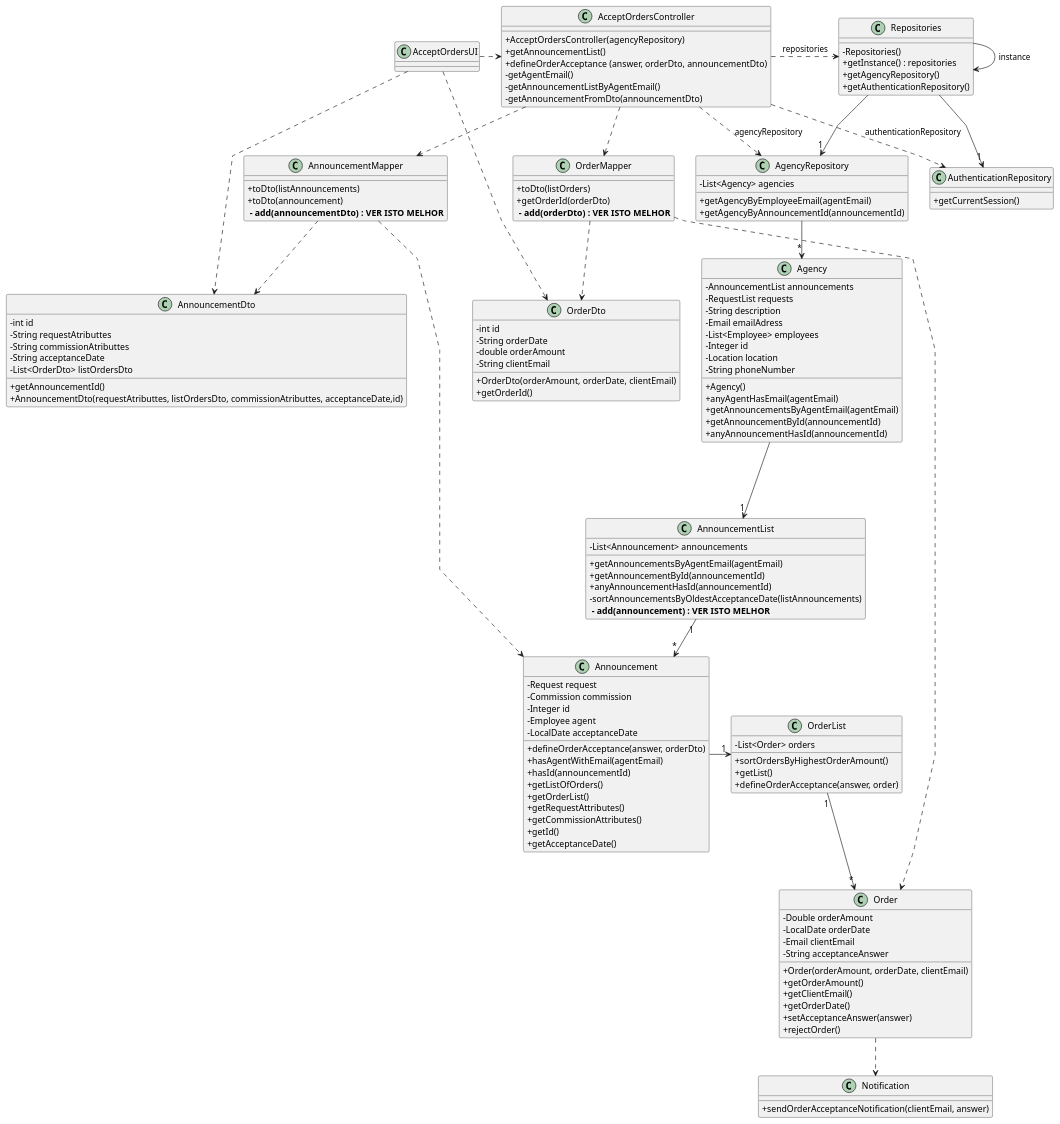
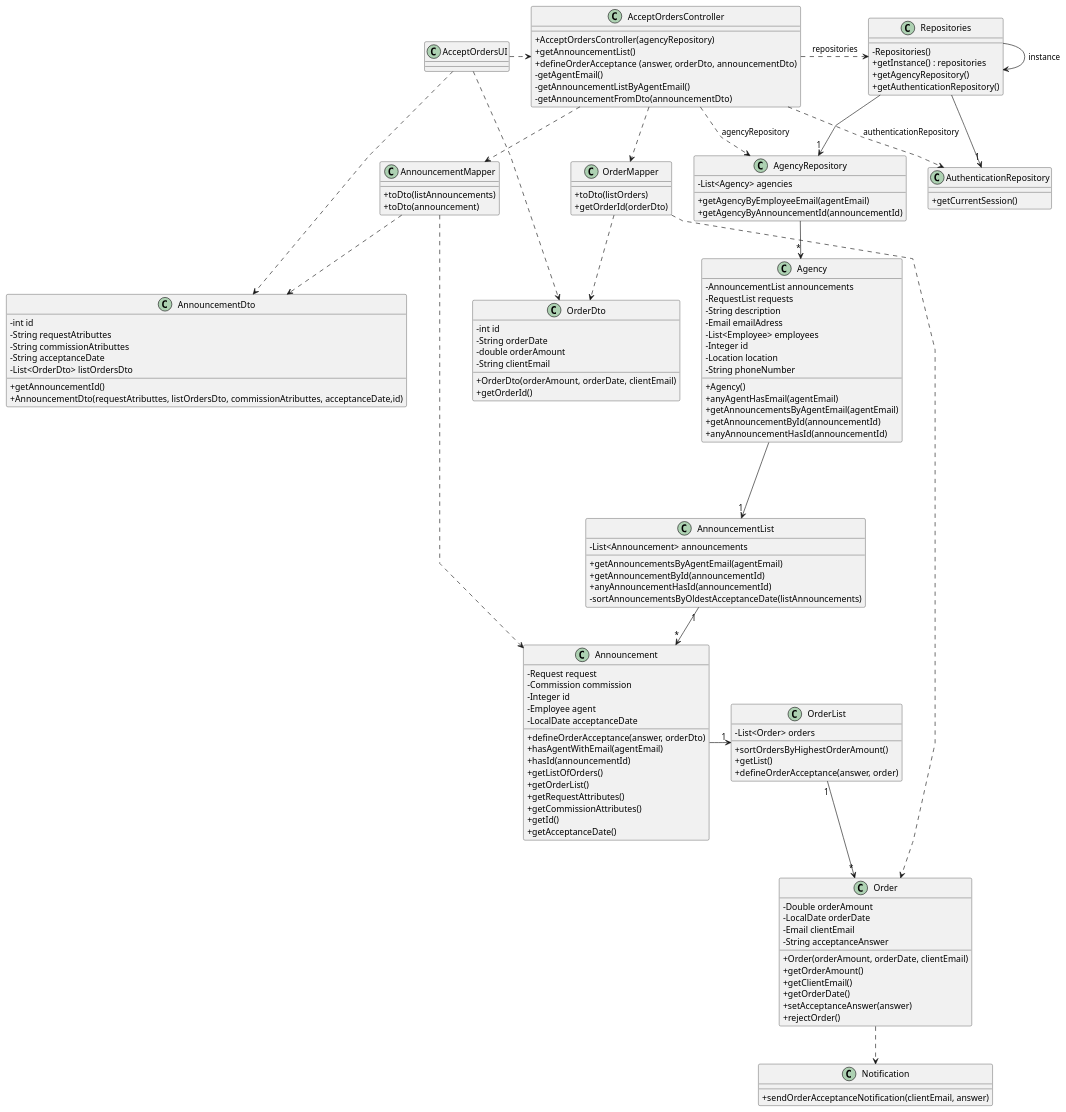
Before and after one commit to rita-barbosa/LAPR2-2223: the diagram in docs/sprintC/us011/03.design/puml/us011-class-diagram.puml, drawn with PlantUML. The commit also changed 7 other files, not shown here.

Commit message:
Update sequence & class diagram: correcting add to list [US012][Design][#05 Task]

```diff
--- a/docs/sprintC/us011/03.design/puml/us011-class-diagram.puml
+++ b/docs/sprintC/us011/03.design/puml/us011-class-diagram.puml
@@ -1,161 +1,158 @@
 @startuml
 'skinparam monochrome true
 skinparam packageStyle rectangle
 skinparam shadowing false
 skinparam linetype polyline
 'skinparam linetype orto
 
 skinparam classAttributeIconSize 0
 
 class Notification {
 + sendOrderAcceptanceNotification(clientEmail, answer)
 }
 
 class Order {
     - Double orderAmount
     - LocalDate orderDate
     - Email clientEmail
     - String acceptanceAnswer
     + Order(orderAmount, orderDate, clientEmail)
     + getOrderAmount()
     + getClientEmail()
     + getOrderDate()
     + setAcceptanceAnswer(answer)
     + rejectOrder()
 }
 
 class OrderMapper {
     + toDto(listOrders)
     + getOrderId(orderDto)
-    ** - add(orderDto) : VER ISTO MELHOR**
 }
 
 class OrderList {
     - List<Order> orders
     + sortOrdersByHighestOrderAmount()
     + getList()
     + defineOrderAcceptance(answer, order)
 }
 
 class OrderDto {
     - int id
     - String orderDate
     - double orderAmount
     - String clientEmail
     + OrderDto(orderAmount, orderDate, clientEmail)
     + getOrderId()
 }
 
 class Announcement {
     - Request request
     - Commission commission
     - Integer id
     - Employee agent
     - LocalDate acceptanceDate
     + defineOrderAcceptance(answer, orderDto)
     + hasAgentWithEmail(agentEmail)
     + hasId(announcementId)
     + getListOfOrders()
     + getOrderList()
     + getRequestAttributes()
     + getCommissionAttributes()
     + getId()
     + getAcceptanceDate()
 }
 
 class AnnouncementDto {
     - int id
     - String requestAtributtes
     - String commissionAtributtes
     - String acceptanceDate
     - List<OrderDto> listOrdersDto
     + getAnnouncementId()
     + AnnouncementDto(requestAtributtes, listOrdersDto, commissionAtributtes, acceptanceDate,id)
 }
 
 class AnnouncementList {
     - List<Announcement> announcements
     + getAnnouncementsByAgentEmail(agentEmail)
     + getAnnouncementById(announcementId)
     + anyAnnouncementHasId(announcementId)
     - sortAnnouncementsByOldestAcceptanceDate(listAnnouncements)
-    ** - add(announcement) : VER ISTO MELHOR**
 }
 
 class AnnouncementMapper {
     + toDto(listAnnouncements)
     + toDto(announcement)
-    ** - add(announcementDto) : VER ISTO MELHOR**
 }
 
 class Agency {
     - AnnouncementList announcements
     - RequestList requests
     - String description
     - Email emailAdress
     - List<Employee> employees
     - Integer id
     - Location location
     - String phoneNumber
     + Agency()
     + anyAgentHasEmail(agentEmail)
     + getAnnouncementsByAgentEmail(agentEmail)
     + getAnnouncementById(announcementId)
     + anyAnnouncementHasId(announcementId)
 }
 
 class AgencyRepository {
     - List<Agency> agencies
     + getAgencyByEmployeeEmail(agentEmail)
     + getAgencyByAnnouncementId(announcementId)
 }
 class AuthenticationRepository{
  + getCurrentSession()
 }
 
 class Repositories {
     - Repositories()
     + getInstance() : repositories
     + getAgencyRepository()
     + getAuthenticationRepository()
 
 }
 
 class AcceptOrdersController {
     + AcceptOrdersController(agencyRepository)
     + getAnnouncementList()
     + defineOrderAcceptance (answer, orderDto, announcementDto)
     - getAgentEmail()
     - getAnnouncementListByAgentEmail()
     - getAnnouncementFromDto(announcementDto)
 }
 
 
 class AcceptOrdersUI {
 }
 
 Repositories -> Repositories : instance
 
 AcceptOrdersUI .> AcceptOrdersController
 AcceptOrdersController .> Repositories : repositories
 AcceptOrdersController .-> AgencyRepository : agencyRepository
 AcceptOrdersController .-> AuthenticationRepository :  authenticationRepository
 AcceptOrdersController .-> AnnouncementMapper
 AnnouncementMapper .-> AnnouncementDto
 AnnouncementMapper .> Announcement
 AcceptOrdersController .-> OrderMapper
 OrderMapper .-> OrderDto
 OrderMapper.> Order
 AcceptOrdersUI .> AnnouncementDto
 AcceptOrdersUI .> OrderDto
 Repositories --> "1" AuthenticationRepository
 Repositories --> "1" AgencyRepository
 AgencyRepository --> "*" Agency
 Agency ---> "1" AnnouncementList
 AnnouncementList "1" --> "*" Announcement
 Announcement -> "1" OrderList
 OrderList "1" --> "*" Order
 Order .-> Notification
 
 
 @enduml
```
